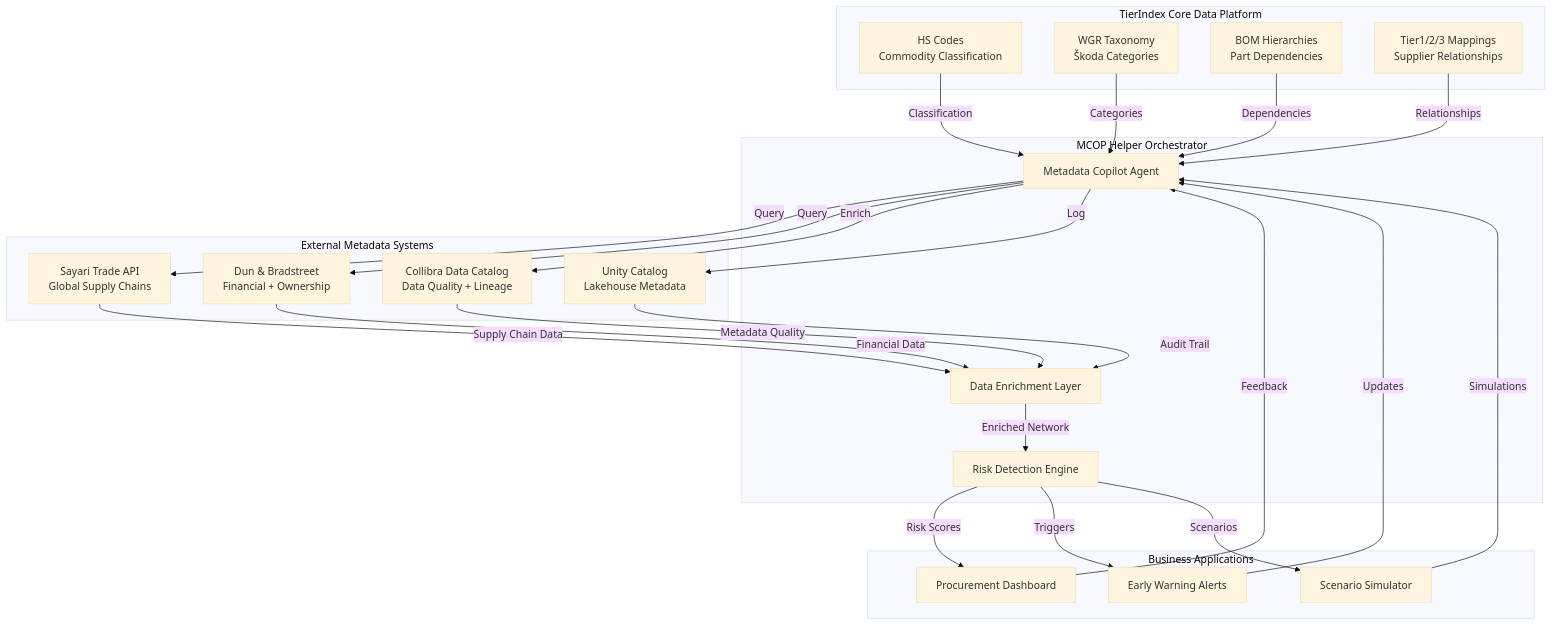
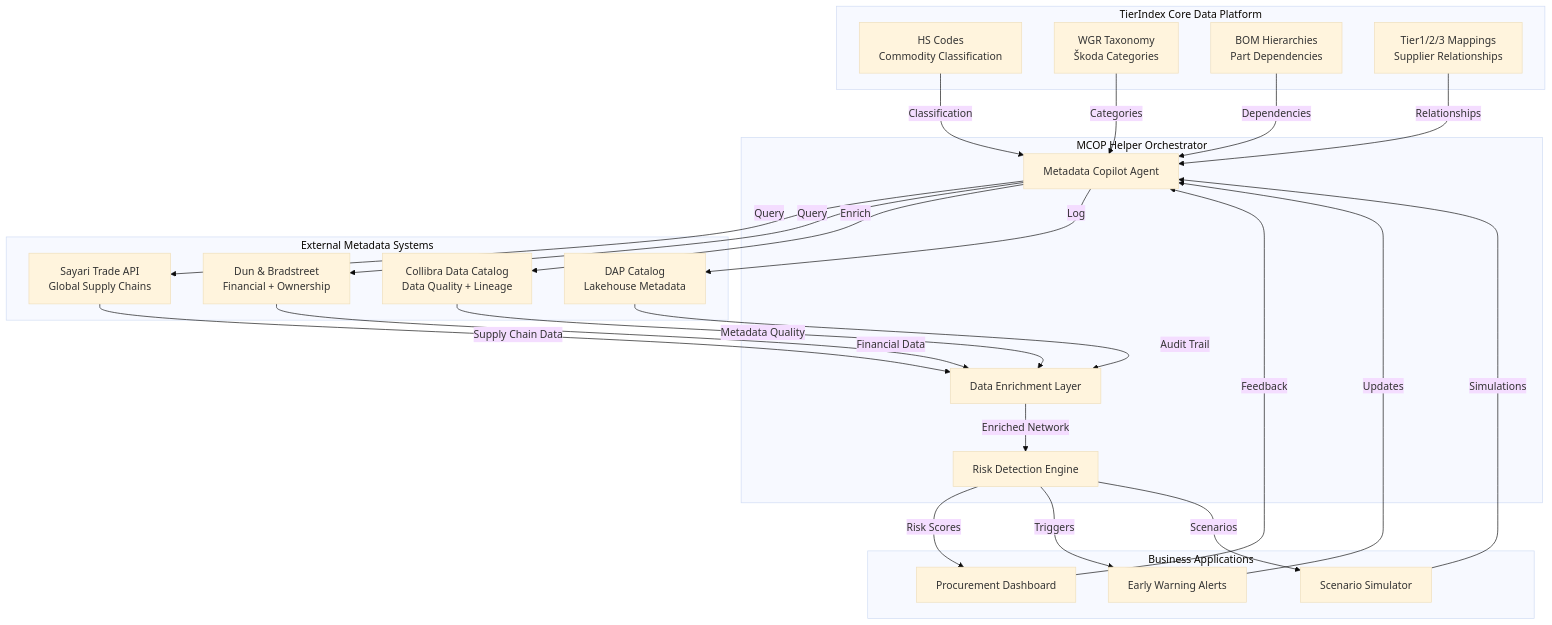
Before and after one commit to minarovic/front_archi-agent: the third of 3 diagrams in docs_langgraph/workshop_presentation/01_mapping_verification_use_case.md, drawn with Mermaid (base theme). The commit also changed other lines of this file and 21 other files, not shown here.

````diff
--- a/docs_langgraph/workshop_presentation/01_mapping_verification_use_case.md
+++ b/docs_langgraph/workshop_presentation/01_mapping_verification_use_case.md
@@ -498,52 +211,52 @@
 ```mermaid
 graph TB
     subgraph "TierIndex Core Data Platform"
         HS[HS Codes<br/>Commodity Classification]
         WGR[WGR Taxonomy<br/>Škoda Categories]
         BOM[BOM Hierarchies<br/>Part Dependencies]
         TIER[Tier1/2/3 Mappings<br/>Supplier Relationships]
     end
 
     subgraph "MCOP Helper Orchestrator"
         MCOP[Metadata Copilot Agent]
         RISK[Risk Detection Engine]
         ENRICH[Data Enrichment Layer]
     end
 
     subgraph "External Metadata Systems"
         SAYARI[Sayari Trade API<br/>Global Supply Chains]
         DNB[Dun & Bradstreet<br/>Financial + Ownership]
         COLIBRA[Collibra Data Catalog<br/>Data Quality + Lineage]
-        UNITY[Unity Catalog<br/>Lakehouse Metadata]
+        UNITY[DAP Catalog<br/>Lakehouse Metadata]
     end
 
     subgraph "Business Applications"
         PROC[Procurement Dashboard]
         ALERT[Early Warning Alerts]
         SCEN[Scenario Simulator]
     end
 
     HS -->|Classification| MCOP
     WGR -->|Categories| MCOP
     BOM -->|Dependencies| MCOP
     TIER -->|Relationships| MCOP
 
     MCOP -->|Query| SAYARI
     MCOP -->|Query| DNB
     MCOP -->|Enrich| COLIBRA
     MCOP -->|Log| UNITY
 
     SAYARI -->|Supply Chain Data| ENRICH
     DNB -->|Financial Data| ENRICH
     COLIBRA -->|Metadata Quality| ENRICH
     UNITY -->|Audit Trail| ENRICH
 
     ENRICH -->|Enriched Network| RISK
     RISK -->|Risk Scores| PROC
     RISK -->|Triggers| ALERT
     RISK -->|Scenarios| SCEN
 
     PROC -->|Feedback| MCOP
     ALERT -->|Updates| MCOP
     SCEN -->|Simulations| MCOP
 ```
````
